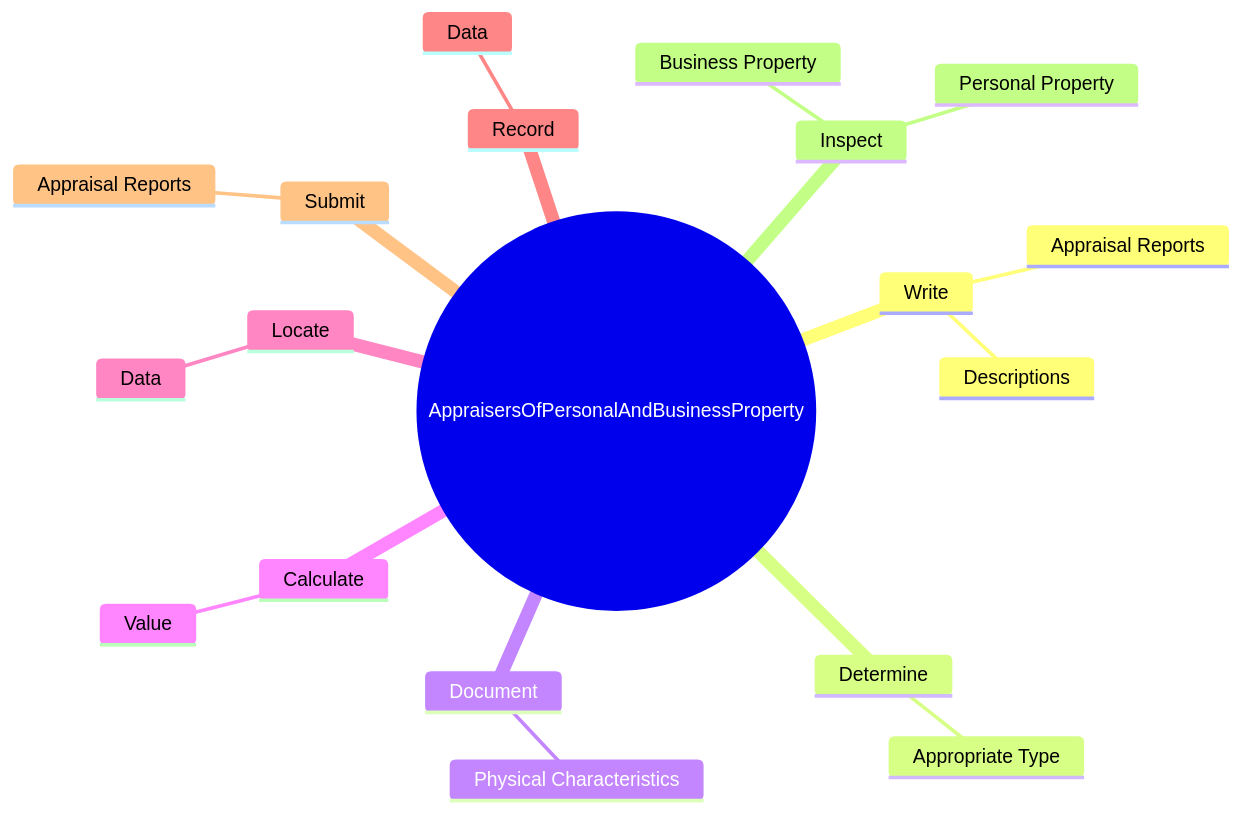
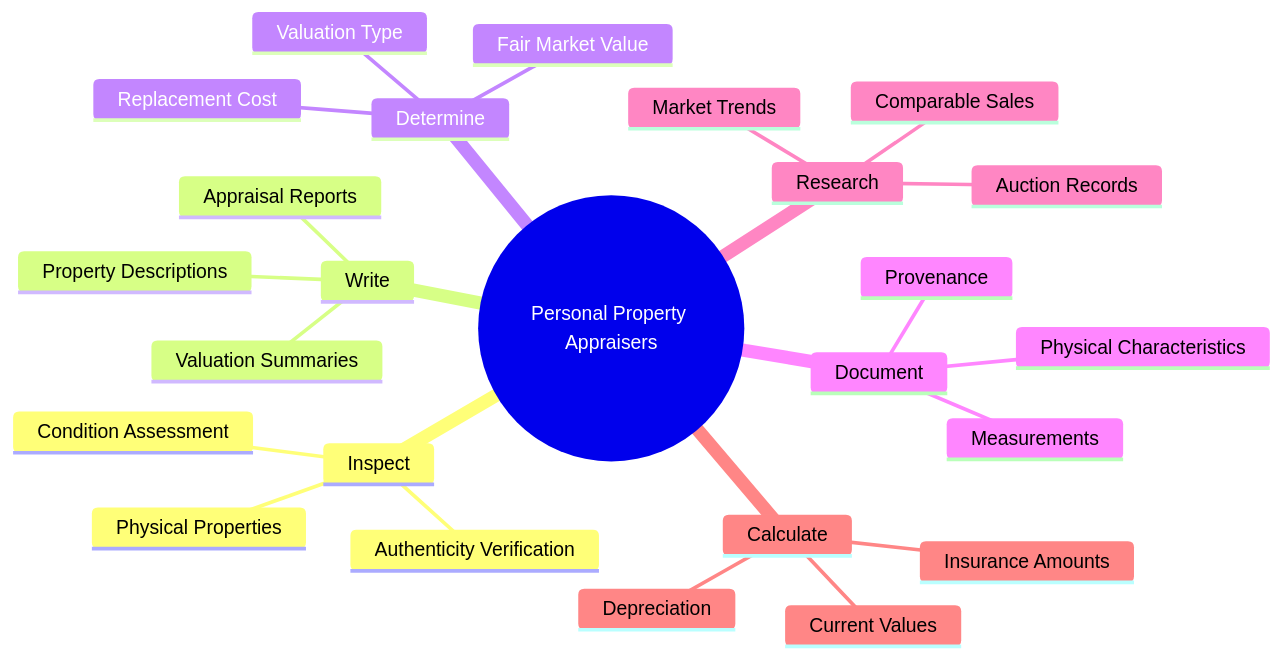
One commit to kziemski/business.org.ai changed the second of 4 diagrams in occupations/Business/AppraisersOfPersonalAndBusinessProperty.mdx. Above: the diagram before and after it, drawn with Mermaid. The commit also changed other lines of this file and 938 other files, not shown here.

````diff
--- a/occupations/Business/AppraisersOfPersonalAndBusinessProperty.mdx
+++ b/occupations/Business/AppraisersOfPersonalAndBusinessProperty.mdx
@@ -37,22 +48,28 @@
 ```mermaid
 mindmap
-    root(("AppraisersOfPersonalAndBusinessProperty"))
+    root(("Personal Property Appraisers"))
+        Inspect
+            Physical Properties
+            Condition Assessment
+            Authenticity Verification
         Write
-            Descriptions
             Appraisal Reports
+            Property Descriptions
+            Valuation Summaries
         Determine
-            Appropriate Type
+            Valuation Type
+            Fair Market Value
+            Replacement Cost
         Document
             Physical Characteristics
+            Provenance
+            Measurements
+        Research
+            Comparable Sales
+            Market Trends
+            Auction Records
         Calculate
-            Value
-        Locate
-            Data
-        Record
-            Data
-        Submit
-            Appraisal Reports
-        Inspect
-            Personal Property
-            Business Property
+            Depreciation
+            Current Values
+            Insurance Amounts
 ```
````
